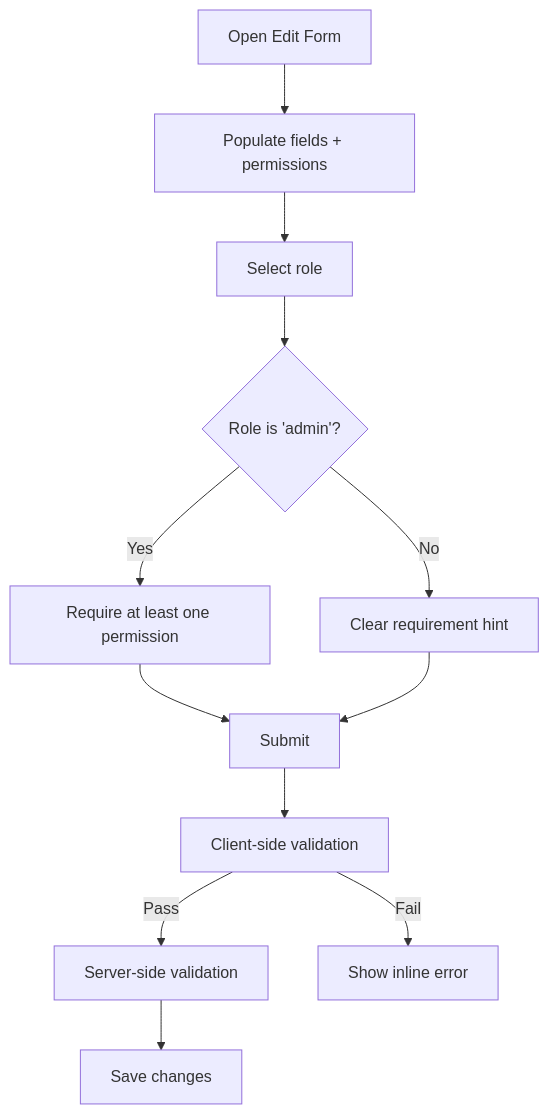
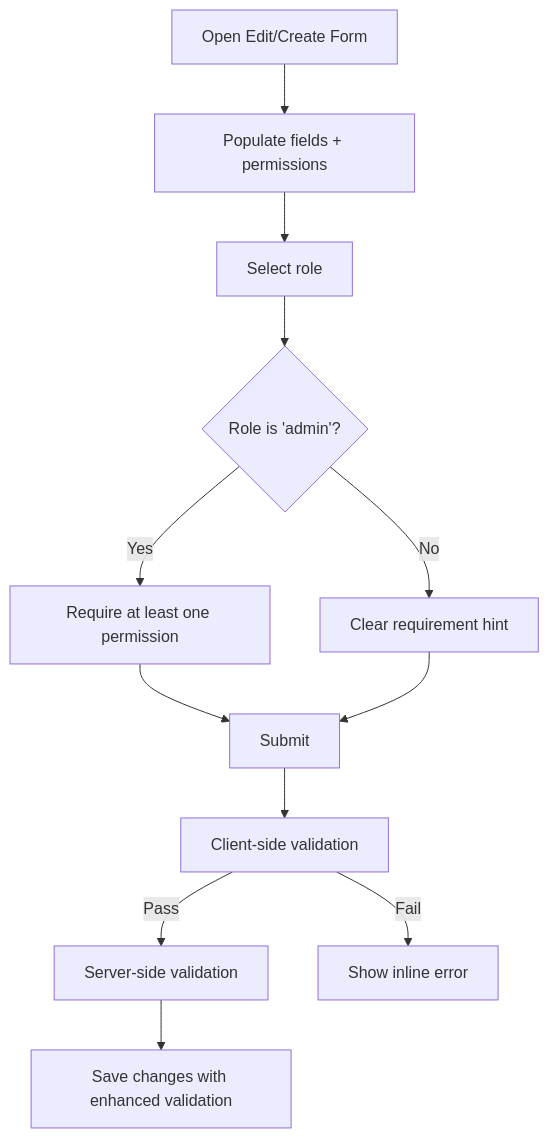
The sixth of 9 diagrams in .qoder/repowiki/en/content/Administrative Dashboard/User Management & Permissions.md (mahbub095/bus-app), drawn with Mermaid before and after one commit. The commit also changed other lines of this file and 119 other files, not shown here.

````diff
--- a/.qoder/repowiki/en/content/Administrative Dashboard/User Management & Permissions.md
+++ b/.qoder/repowiki/en/content/Administrative Dashboard/User Management & Permissions.md
@@ -252,14 +272,14 @@
 ```mermaid
 flowchart TD
-OpenForm["Open Edit Form"] --> Populate["Populate fields + permissions"]
+OpenForm["Open Edit/Create Form"] --> Populate["Populate fields + permissions"]
 Populate --> SelectRole["Select role"]
 SelectRole --> ShowHint{"Role is 'admin'?"}
 ShowHint --> |Yes| RequirePerms["Require at least one permission"]
 ShowHint --> |No| ClearHint["Clear requirement hint"]
 RequirePerms --> Submit["Submit"]
 ClearHint --> Submit
 Submit --> ValidateJS["Client-side validation"]
 ValidateJS --> |Pass| ServerValidate["Server-side validation"]
 ValidateJS --> |Fail| ShowError["Show inline error"]
-ServerValidate --> Save["Save changes"]
+ServerValidate --> Save["Save changes with enhanced validation"]
 ```
````
